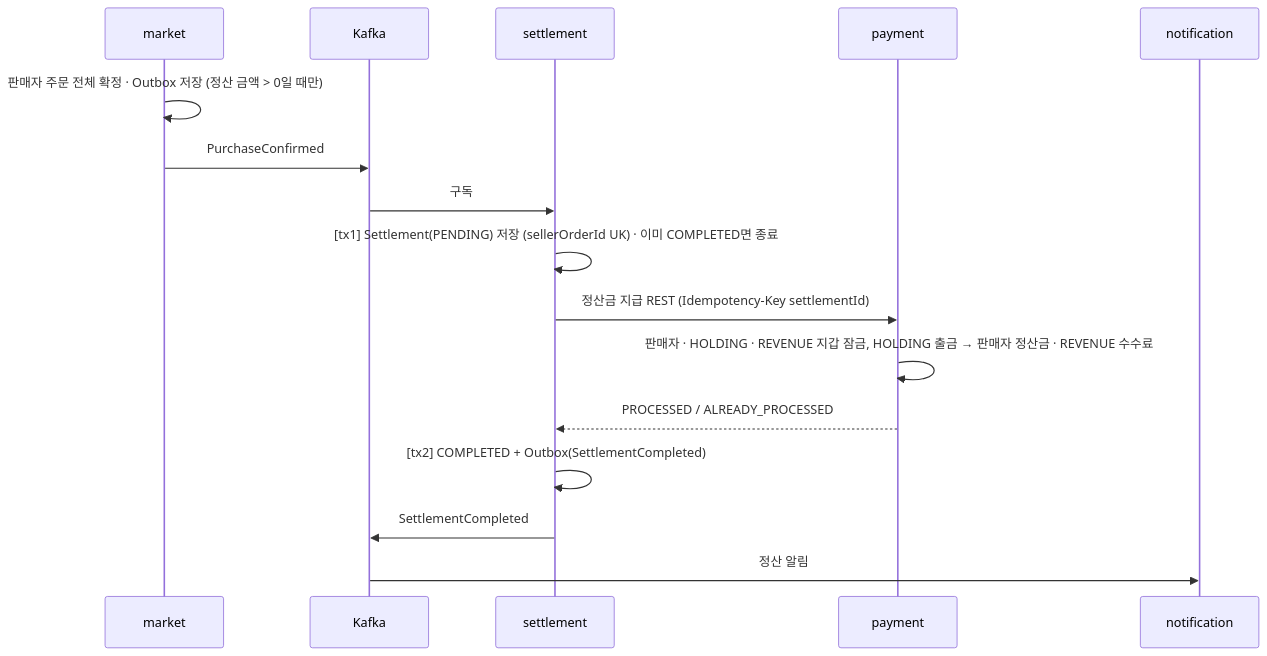
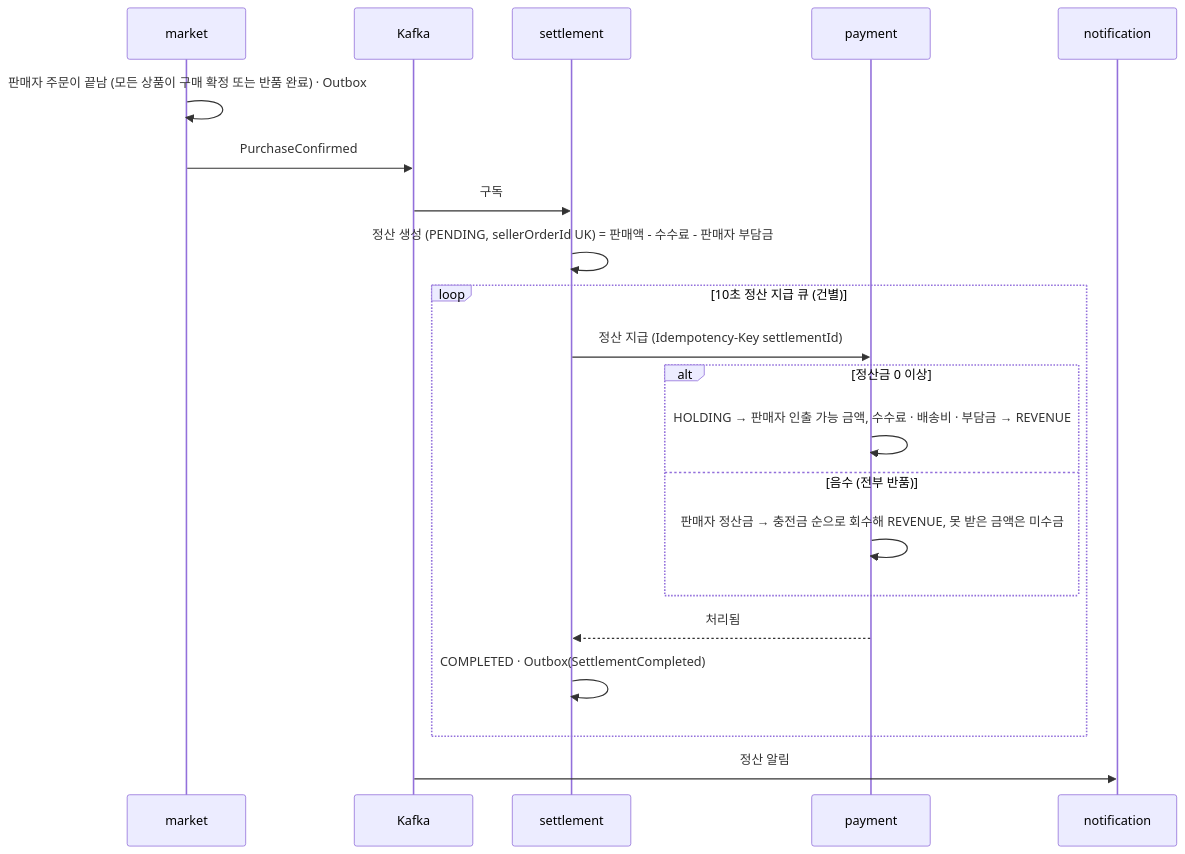
One commit to prgrms-be-adv-devcourse/beadv8_8_JustCommit_BE changed the diagram in docs/flows/confirm-settlement.md. Above: the diagram before and after it, drawn with Mermaid. The commit also changed other lines of this file and 41 other files, not shown here.

````diff
--- a/docs/flows/confirm-settlement.md
+++ b/docs/flows/confirm-settlement.md
@@ -8,18 +8,23 @@
 ```mermaid
 sequenceDiagram
     participant M as market
     participant K as Kafka
     participant S as settlement
     participant P as payment
     participant N as notification
-    M->>M: 판매자 주문 전체 확정 · Outbox 저장 (정산 금액 > 0일 때만)
+    M->>M: 판매자 주문이 끝남 (모든 상품이 구매 확정 또는 반품 완료) · Outbox
     M->>K: PurchaseConfirmed
     K->>S: 구독
-    S->>S: [tx1] Settlement(PENDING) 저장 (sellerOrderId UK) · 이미 COMPLETED면 종료
-    S->>P: 정산금 지급 REST (Idempotency-Key settlementId)
-    P->>P: 판매자 · HOLDING · REVENUE 지갑 잠금, HOLDING 출금 → 판매자 정산금 · REVENUE 수수료
-    P-->>S: PROCESSED / ALREADY_PROCESSED
-    S->>S: [tx2] COMPLETED + Outbox(SettlementCompleted)
-    S->>K: SettlementCompleted
+    S->>S: 정산 생성 (PENDING, sellerOrderId UK) = 판매액 - 수수료 - 판매자 부담금
+    loop 10초 정산 지급 큐 (건별)
+        S->>P: 정산 지급 (Idempotency-Key settlementId)
+        alt 정산금 0 이상
+            P->>P: HOLDING → 판매자 인출 가능 금액, 수수료 · 배송비 · 부담금 → REVENUE
+        else 음수 (전부 반품)
+            P->>P: 판매자 정산금 → 충전금 순으로 회수해 REVENUE, 못 받은 금액은 미수금
+        end
+        P-->>S: 처리됨
+        S->>S: COMPLETED · Outbox(SettlementCompleted)
+    end
     K->>N: 정산 알림
 ```
````
